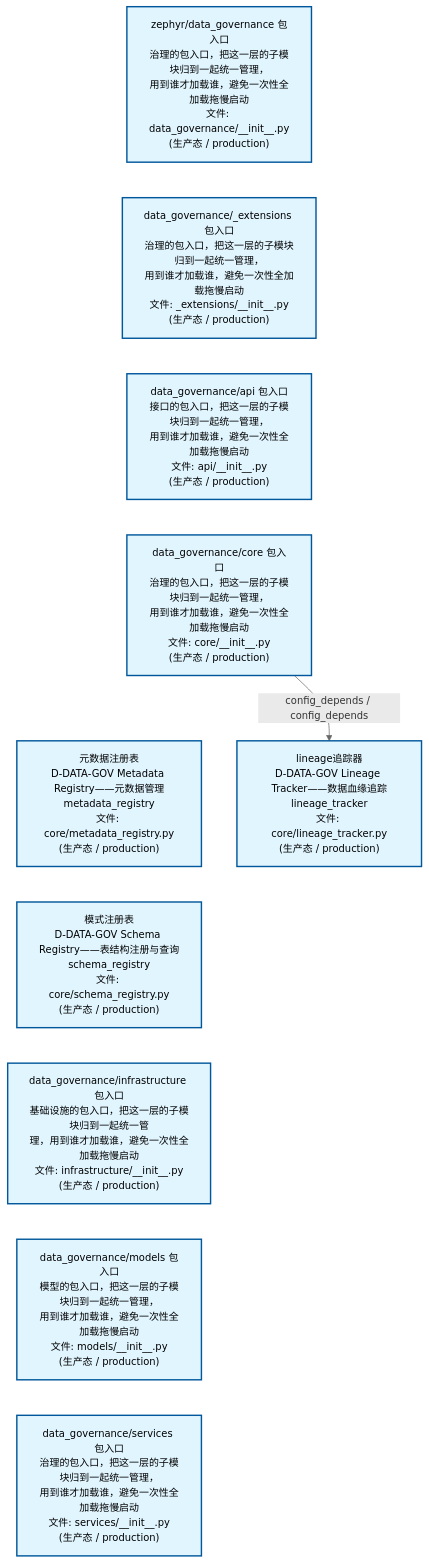
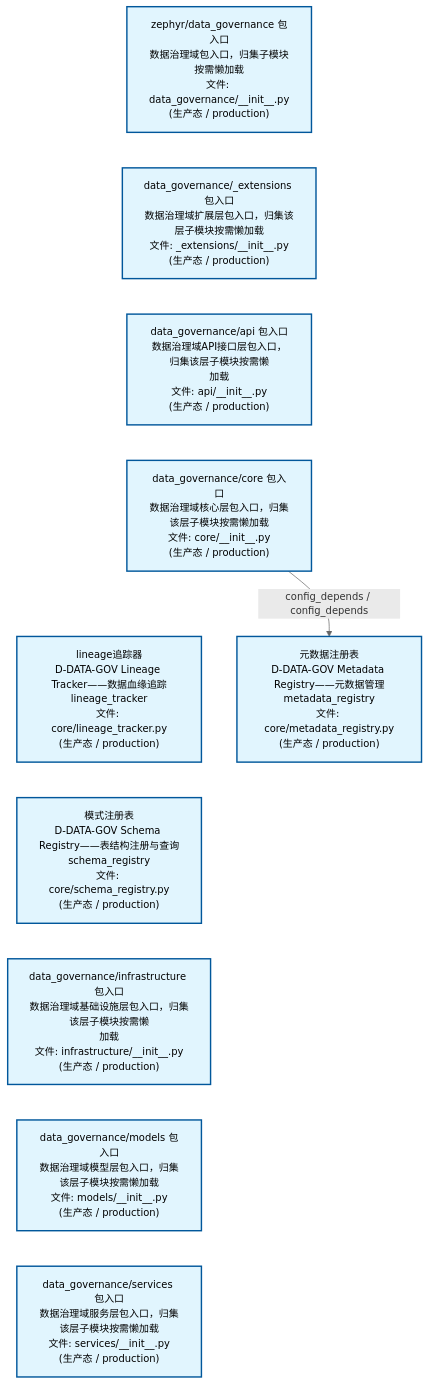
One commit to xuanFelixVan/ZephyrAlpha changed the first of 2 diagrams in docs/02_enterprise_architecture/02_domain_architecture_docs/13_d_data_gov.md. Above: the diagram before and after it, drawn with Mermaid. The commit also changed other lines of this file and 63 other files, not shown here.

````diff
--- a/docs/02_enterprise_architecture/02_domain_architecture_docs/13_d_data_gov.md
+++ b/docs/02_enterprise_architecture/02_domain_architecture_docs/13_d_data_gov.md
@@ -53,28 +53,28 @@
 ```mermaid
 %%{init: {'theme': 'base', 'themeVariables': {'primaryColor': '#eaeaea', 'primaryTextColor': '#333333', 'primaryBorderColor': '#666666', 'lineColor': '#666666', 'secondaryColor': '#eaeaea', 'tertiaryColor': '#eaeaea', 'fontSize': '14px'}}}%%
 flowchart TD
-    src_zephyr_data_governance_init_py["zephyr/data_governance 包入口<br/>治理的包入口，把这一层的子模块归到一起统一管理，<br/>用到谁才加载谁，避免一次性全加载拖慢启动<br/>文件: data_governance/__init__.py<br/>(生产态 / production)"]
-    src_zephyr_data_governance_extensions_init_py["data_governance/_extensions 包入口<br/>治理的包入口，把这一层的子模块归到一起统一管理，<br/>用到谁才加载谁，避免一次性全加载拖慢启动<br/>文件: _extensions/__init__.py<br/>(生产态 / production)"]
-    src_zephyr_data_governance_api_init_py["data_governance/api 包入口<br/>接口的包入口，把这一层的子模块归到一起统一管理，<br/>用到谁才加载谁，避免一次性全加载拖慢启动<br/>文件: api/__init__.py<br/>(生产态 / production)"]
-    src_zephyr_data_governance_core_init_py["data_governance/core 包入口<br/>治理的包入口，把这一层的子模块归到一起统一管理，<br/>用到谁才加载谁，避免一次性全加载拖慢启动<br/>文件: core/__init__.py<br/>(生产态 / production)"]
-    src_zephyr_data_governance_core_metadata_registry_py["元数据注册表<br/>D-DATA-GOV Metadata Registry——元数据管理<br/>metadata_registry<br/>文件: core/metadata_registry.py<br/>(生产态 / production)"]
+    src_zephyr_data_governance_init_py["zephyr/data_governance 包入口<br/>数据治理域包入口，归集子模块按需懒加载<br/>文件: data_governance/__init__.py<br/>(生产态 / production)"]
+    src_zephyr_data_governance_extensions_init_py["data_governance/_extensions 包入口<br/>数据治理域扩展层包入口，归集该层子模块按需懒加载<br/>文件: _extensions/__init__.py<br/>(生产态 / production)"]
+    src_zephyr_data_governance_api_init_py["data_governance/api 包入口<br/>数据治理域API接口层包入口，归集该层子模块按需懒<br/>加载<br/>文件: api/__init__.py<br/>(生产态 / production)"]
+    src_zephyr_data_governance_core_init_py["data_governance/core 包入口<br/>数据治理域核心层包入口，归集该层子模块按需懒加载<br/>文件: core/__init__.py<br/>(生产态 / production)"]
+    src_zephyr_data_governance_core_lineage_tracker_py["lineage追踪器<br/>D-DATA-GOV Lineage Tracker——数据血缘追踪<br/>lineage_tracker<br/>文件: core/lineage_tracker.py<br/>(生产态 / production)"]
     src_zephyr_data_governance_core_schema_registry_py["模式注册表<br/>D-DATA-GOV Schema Registry——表结构注册与查询<br/>schema_registry<br/>文件: core/schema_registry.py<br/>(生产态 / production)"]
-    src_zephyr_data_governance_infrastructure_init_py["data_governance/infrastructure 包入口<br/>基础设施的包入口，把这一层的子模块归到一起统一管<br/>理，用到谁才加载谁，避免一次性全加载拖慢启动<br/>文件: infrastructure/__init__.py<br/>(生产态 / production)"]
-    src_zephyr_data_governance_models_init_py["data_governance/models 包入口<br/>模型的包入口，把这一层的子模块归到一起统一管理，<br/>用到谁才加载谁，避免一次性全加载拖慢启动<br/>文件: models/__init__.py<br/>(生产态 / production)"]
-    src_zephyr_data_governance_services_init_py["data_governance/services 包入口<br/>治理的包入口，把这一层的子模块归到一起统一管理，<br/>用到谁才加载谁，避免一次性全加载拖慢启动<br/>文件: services/__init__.py<br/>(生产态 / production)"]
+    src_zephyr_data_governance_infrastructure_init_py["data_governance/infrastructure 包入口<br/>数据治理域基础设施层包入口，归集该层子模块按需懒<br/>加载<br/>文件: infrastructure/__init__.py<br/>(生产态 / production)"]
+    src_zephyr_data_governance_models_init_py["data_governance/models 包入口<br/>数据治理域模型层包入口，归集该层子模块按需懒加载<br/>文件: models/__init__.py<br/>(生产态 / production)"]
+    src_zephyr_data_governance_services_init_py["data_governance/services 包入口<br/>数据治理域服务层包入口，归集该层子模块按需懒加载<br/>文件: services/__init__.py<br/>(生产态 / production)"]
     src_zephyr_data_governance_init_py ~~~ src_zephyr_data_governance_extensions_init_py
     src_zephyr_data_governance_extensions_init_py ~~~ src_zephyr_data_governance_api_init_py
     src_zephyr_data_governance_api_init_py ~~~ src_zephyr_data_governance_core_init_py
-    src_zephyr_data_governance_core_init_py ~~~ src_zephyr_data_governance_core_metadata_registry_py
-    src_zephyr_data_governance_core_metadata_registry_py ~~~ src_zephyr_data_governance_core_schema_registry_py
+    src_zephyr_data_governance_core_init_py ~~~ src_zephyr_data_governance_core_lineage_tracker_py
+    src_zephyr_data_governance_core_lineage_tracker_py ~~~ src_zephyr_data_governance_core_schema_registry_py
     src_zephyr_data_governance_core_schema_registry_py ~~~ src_zephyr_data_governance_infrastructure_init_py
     src_zephyr_data_governance_infrastructure_init_py ~~~ src_zephyr_data_governance_models_init_py
     src_zephyr_data_governance_models_init_py ~~~ src_zephyr_data_governance_services_init_py
-    src_zephyr_data_governance_core_lineage_tracker_py["lineage追踪器<br/>D-DATA-GOV Lineage Tracker——数据血缘追踪<br/>lineage_tracker<br/>文件: core/lineage_tracker.py<br/>(生产态 / production)"]
-    src_zephyr_data_governance_core_init_py -->|config_depends / config_depends| src_zephyr_data_governance_core_lineage_tracker_py
+    src_zephyr_data_governance_core_metadata_registry_py["元数据注册表<br/>D-DATA-GOV Metadata Registry——元数据管理<br/>metadata_registry<br/>文件: core/metadata_registry.py<br/>(生产态 / production)"]
+    src_zephyr_data_governance_core_init_py -->|config_depends / config_depends| src_zephyr_data_governance_core_metadata_registry_py
     classDef production fill:#e1f5fe,stroke:#01579b,stroke-width:2px,color:#000
     classDef design fill:#fff3e0,stroke:#e65100,stroke-width:2px,color:#000,stroke-dasharray: 5 5
     classDef external_prod fill:#e8f4fd,stroke:#0277bd,stroke-width:1px,color:#000
     classDef external_design fill:#fff8e7,stroke:#ef6c00,stroke-width:1px,color:#000,stroke-dasharray: 5 5
     class src_zephyr_data_governance_init_py,src_zephyr_data_governance_extensions_init_py,src_zephyr_data_governance_api_init_py,src_zephyr_data_governance_core_init_py,src_zephyr_data_governance_core_lineage_tracker_py,src_zephyr_data_governance_core_metadata_registry_py,src_zephyr_data_governance_core_schema_registry_py,src_zephyr_data_governance_infrastructure_init_py,src_zephyr_data_governance_models_init_py,src_zephyr_data_governance_services_init_py production
 ```
````
